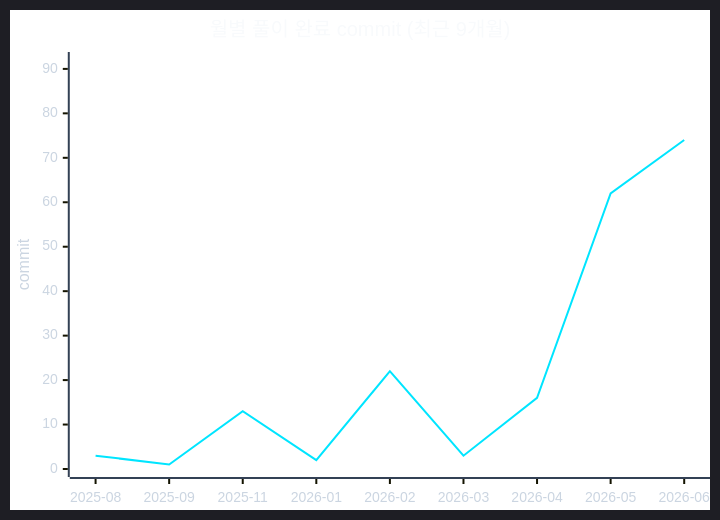
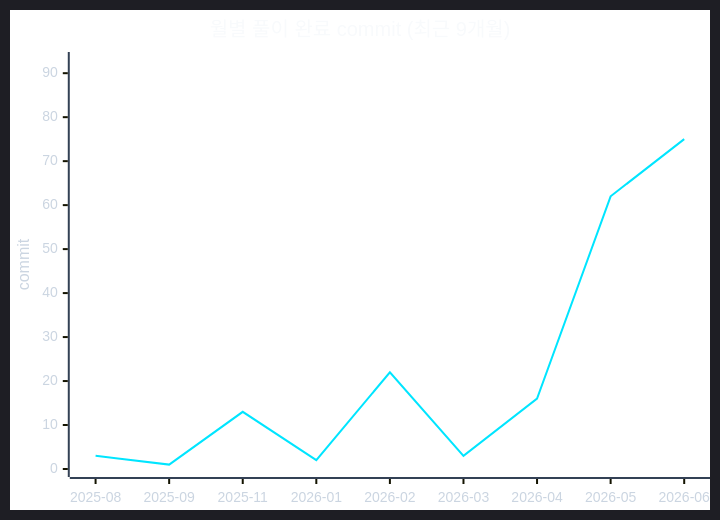
The second of 2 diagrams in readme.md (CHOOSLA/Algorithm), drawn with Mermaid before and after one commit. The commit also changed 1 other file, not shown here.

Commit message:
[Passed] 운행 되고 있는 시간 (158ms, 11MB)

````diff
--- a/readme.md
+++ b/readme.md
@@ -71,22 +71,22 @@
 ```mermaid
 ---
 config:
   theme: dark
   themeVariables:
     background: '#0d1117'
     xyChart:
       titleColor: '#f8fafc'
       xAxisLabelColor: '#cbd5e1'
       xAxisTitleColor: '#cbd5e1'
       xAxisLineColor: '#334155'
       yAxisLabelColor: '#cbd5e1'
       yAxisTitleColor: '#cbd5e1'
       yAxisLineColor: '#334155'
       plotColorPalette: '#00e5ff'
 ---
 xychart-beta
   title "월별 풀이 완료 commit (최근 9개월)"
   x-axis ["2025-08", "2025-09", "2025-11", "2026-01", "2026-02", "2026-03", "2026-04", "2026-05", "2026-06"]
-  y-axis "commit" 0 --> 92
-  line [3, 1, 13, 2, 22, 3, 16, 62, 74]
+  y-axis "commit" 0 --> 93
+  line [3, 1, 13, 2, 22, 3, 16, 62, 75]
 ```
````
